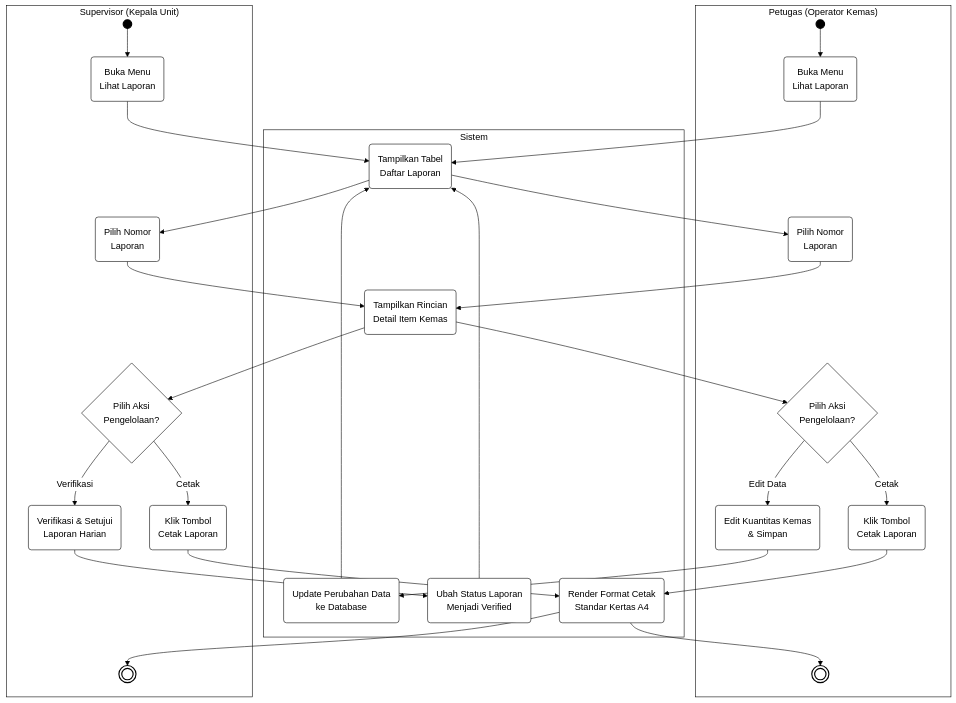
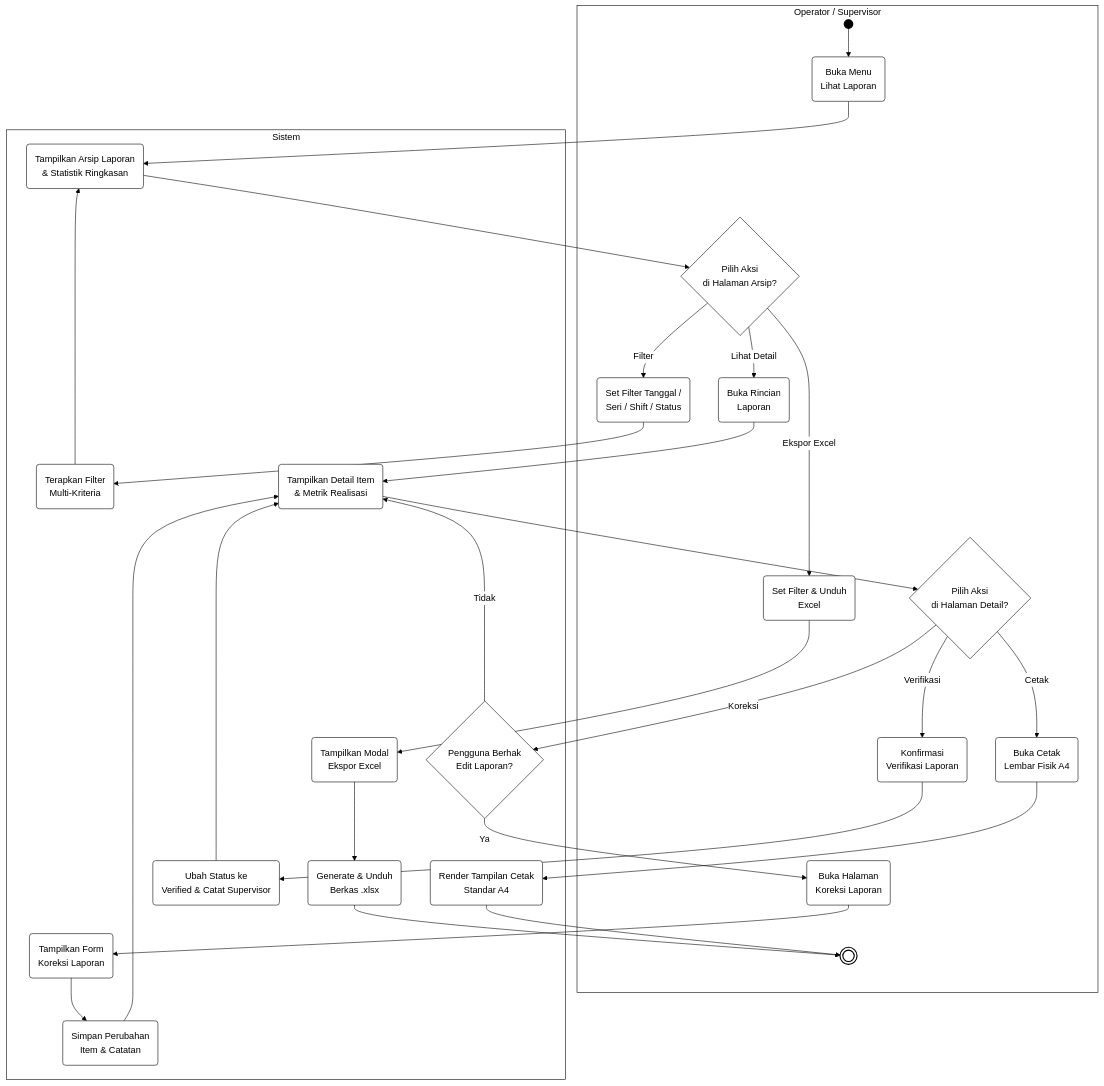
One commit to ZulfikarHD/scan-produksi changed the eighth of 11 diagrams in docs/BAB_III_Draft.md. Above: the diagram before and after it, drawn with Mermaid. The commit also changed other lines of this file, not shown here.

First line of the commit message:
feat(docs): update functional requirements and use case diagrams for operators and supervisors

````diff
--- a/docs/BAB_III_Draft.md
+++ b/docs/BAB_III_Draft.md
@@ -560,63 +619,59 @@
 ```mermaid
 %%{init: {'theme': 'base', 'themeVariables': { 'primaryColor': '#ffffff', 'primaryBorderColor': '#000000', 'primaryTextColor': '#000000', 'lineColor': '#000000', 'textColor': '#000000', 'clusterBkg': '#ffffff', 'clusterBorder': '#000000', 'edgeLabelBackground':'#ffffff' }}}%%
 flowchart TD
-    subgraph Petugas ["Petugas (Operator Kemas)"]
-        P_Start(( ))
-        P_Buka(Buka Menu<br/>Lihat Laporan)
-        P_Pilih(Pilih Nomor<br/>Laporan)
-        P_Aksi{Pilih Aksi<br/>Pengelolaan?}
-        P_Edit(Edit Kuantitas Kemas<br/>& Simpan)
-        P_Cetak(Klik Tombol<br/>Cetak Laporan)
-        P_End((( )))
-    end
-
-    subgraph Supervisor ["Supervisor (Kepala Unit)"]
-        SP_Start(( ))
-        SP_Buka(Buka Menu<br/>Lihat Laporan)
-        SP_Pilih(Pilih Nomor<br/>Laporan)
-        SP_Aksi{Pilih Aksi<br/>Pengelolaan?}
-        SP_Verif(Verifikasi & Setujui<br/>Laporan Harian)
-        SP_Cetak(Klik Tombol<br/>Cetak Laporan)
-        SP_End((( )))
+    subgraph Pengguna ["Operator / Supervisor"]
+        U_Start(( ))
+        U_Buka(Buka Menu<br/>Lihat Laporan)
+        U_Aksi{Pilih Aksi<br/>di Halaman Arsip?}
+        U_Filter(Set Filter Tanggal /<br/>Seri / Shift / Status)
+        U_Detail(Buka Rincian<br/>Laporan)
+        U_Aksi2{Pilih Aksi<br/>di Halaman Detail?}
+        U_Excel(Set Filter & Unduh<br/>Excel)
+        U_Edit(Buka Halaman<br/>Koreksi Laporan)
+        U_Verif(Konfirmasi<br/>Verifikasi Laporan)
+        U_Cetak(Buka Cetak<br/>Lembar Fisik A4)
+        U_End((( )))
     end
 
     subgraph Sistem ["Sistem"]
-        S_Tampil(Tampilkan Tabel<br/>Daftar Laporan)
-        S_Detail(Tampilkan Rincian<br/>Detail Item Kemas)
-        S_Update(Update Perubahan Data<br/>ke Database)
-        S_SetVerif(Ubah Status Laporan<br/>Menjadi Verified)
-        S_Print(Render Format Cetak<br/>Standar Kertas A4)
+        S_Arsip(Tampilkan Arsip Laporan<br/>& Statistik Ringkasan)
+        S_Filter(Terapkan Filter<br/>Multi-Kriteria)
+        S_Modal(Tampilkan Modal<br/>Ekspor Excel)
+        S_Export(Generate & Unduh<br/>Berkas .xlsx)
+        S_Rincian(Tampilkan Detail Item<br/>& Metrik Realisasi)
+        S_IzinEdit{Pengguna Berhak<br/>Edit Laporan?}
+        S_FormEdit(Tampilkan Form<br/>Koreksi Laporan)
+        S_SaveEdit(Simpan Perubahan<br/>Item & Catatan)
+        S_SetVerif(Ubah Status ke<br/>Verified & Catat Supervisor)
+        S_Print(Render Tampilan Cetak<br/>Standar A4)
     end
 
-    P_Start --> P_Buka
-    P_Buka --> S_Tampil
-    SP_Start --> SP_Buka
-    SP_Buka --> S_Tampil
+    U_Start --> U_Buka
+    U_Buka --> S_Arsip
+    S_Arsip --> U_Aksi
+    U_Aksi -- Filter --> U_Filter
+    U_Filter --> S_Filter
+    S_Filter --> S_Arsip
+    U_Aksi -- Ekspor Excel --> U_Excel
+    U_Excel --> S_Modal
+    S_Modal --> S_Export
+    S_Export --> U_End
+    U_Aksi -- Lihat Detail --> U_Detail
+    U_Detail --> S_Rincian
+    S_Rincian --> U_Aksi2
+    U_Aksi2 -- Koreksi --> S_IzinEdit
+    S_IzinEdit -- Tidak --> S_Rincian
+    S_IzinEdit -- Ya --> U_Edit
+    U_Edit --> S_FormEdit
+    S_FormEdit --> S_SaveEdit
+    S_SaveEdit --> S_Rincian
+    U_Aksi2 -- Verifikasi --> U_Verif
+    U_Verif --> S_SetVerif
+    S_SetVerif --> S_Rincian
+    U_Aksi2 -- Cetak --> U_Cetak
+    U_Cetak --> S_Print
+    S_Print --> U_End
 
-    S_Tampil --> P_Pilih
-    S_Tampil --> SP_Pilih
-    P_Pilih --> S_Detail
-    SP_Pilih --> S_Detail
-
-    S_Detail --> P_Aksi
-    P_Aksi -- Edit Data --> P_Edit
-    P_Edit --> S_Update
-    S_Update --> S_Tampil
-    P_Aksi -- Cetak --> P_Cetak
-    P_Cetak --> S_Print
-
-    S_Detail --> SP_Aksi
-    SP_Aksi -- Verifikasi --> SP_Verif
-    SP_Verif --> S_SetVerif
-    S_SetVerif --> S_Tampil
-    SP_Aksi -- Cetak --> SP_Cetak
-    SP_Cetak --> S_Print
-
-    S_Print --> P_End
-    S_Print --> SP_End
-
-    style P_Start fill:#000000,stroke:#000000,stroke-width:2px;
-    style SP_Start fill:#000000,stroke:#000000,stroke-width:2px;
-    style P_End fill:#ffffff,stroke:#000000,stroke-width:2px;
-    style SP_End fill:#ffffff,stroke:#000000,stroke-width:2px;
+    style U_Start fill:#000000,stroke:#000000,stroke-width:2px;
+    style U_End fill:#ffffff,stroke:#000000,stroke-width:2px;
 ```
````
